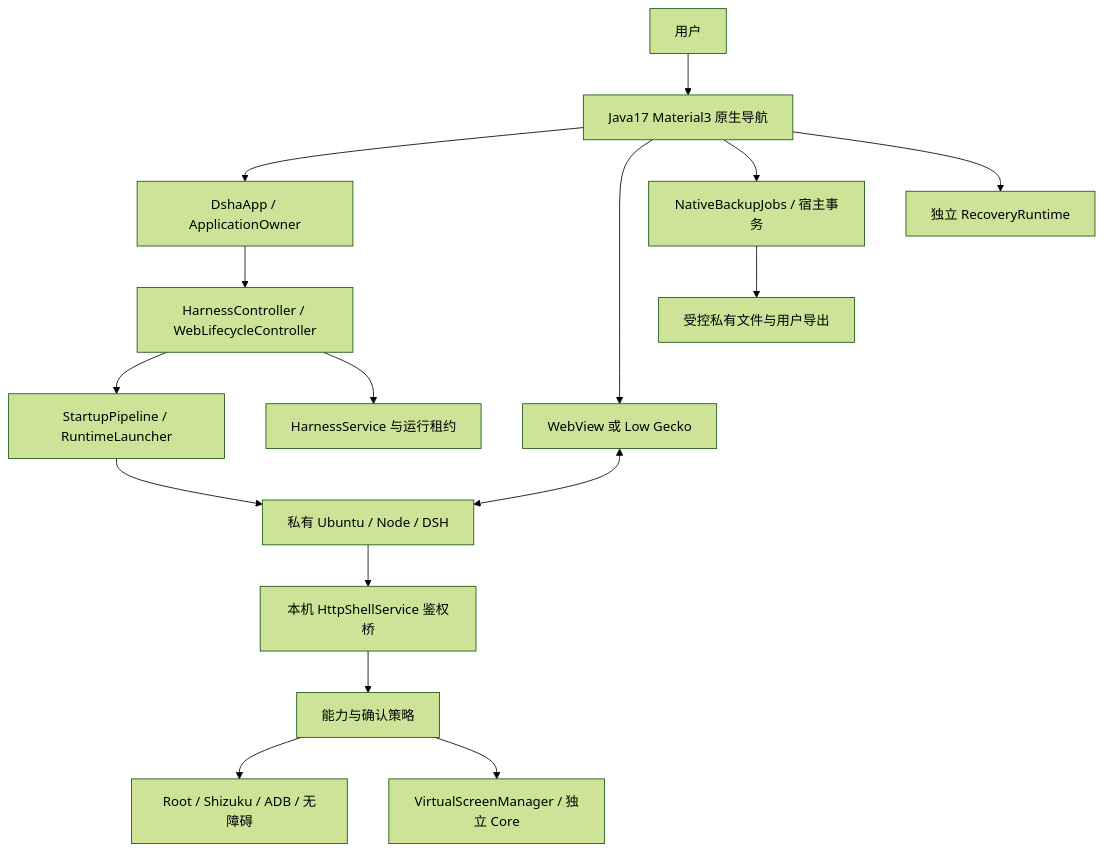
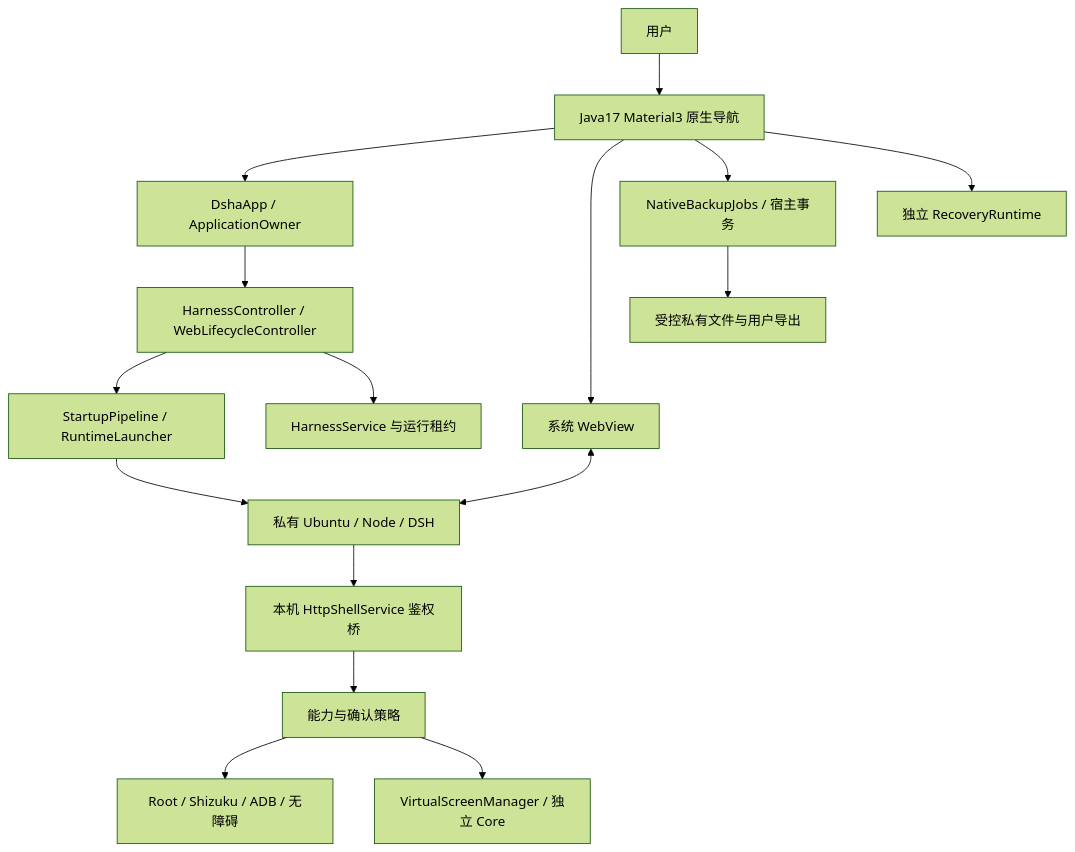
One commit to SunsetRNE/DSHA-Sunset-mod changed the first of 3 diagrams in docs/project-architecture-handbook.md. Above: the diagram before and after it, drawn with Mermaid (forest theme). The commit also changed other lines of this file and 4 other files, not shown here.

````diff
--- a/docs/project-architecture-handbook.md
+++ b/docs/project-architecture-handbook.md
@@ -102,18 +102,18 @@
 ```mermaid
 flowchart TB
   U[用户] --> UI[Java17 Material3 原生导航]
   UI --> APP[DshaApp / ApplicationOwner]
   APP --> LIFE[HarnessController / WebLifecycleController]
   LIFE --> START[StartupPipeline / RuntimeLauncher]
   START --> LINUX[私有 Ubuntu / Node / DSH]
-  UI --> BROWSER[WebView 或 Low Gecko]
+  UI --> BROWSER[系统 WebView]
   BROWSER <--> LINUX
   LINUX --> HTTP[本机 HttpShellService 鉴权桥]
   HTTP --> CAP[能力与确认策略]
   CAP --> DEVICE[Root / Shizuku / ADB / 无障碍]
   CAP --> VS[VirtualScreenManager / 独立 Core]
   LIFE --> LEASE[HarnessService 与运行租约]
   UI --> DATA[NativeBackupJobs / 宿主事务]
   DATA --> FS[受控私有文件与用户导出]
   UI --> RESCUE[独立 RecoveryRuntime]
 ```
````
